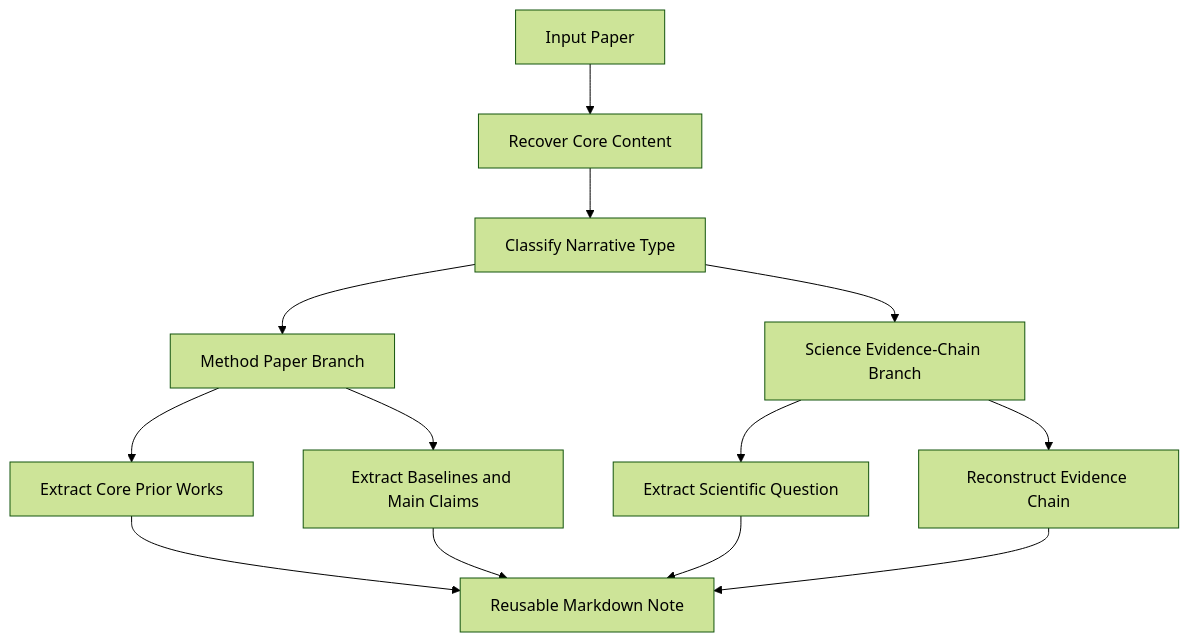
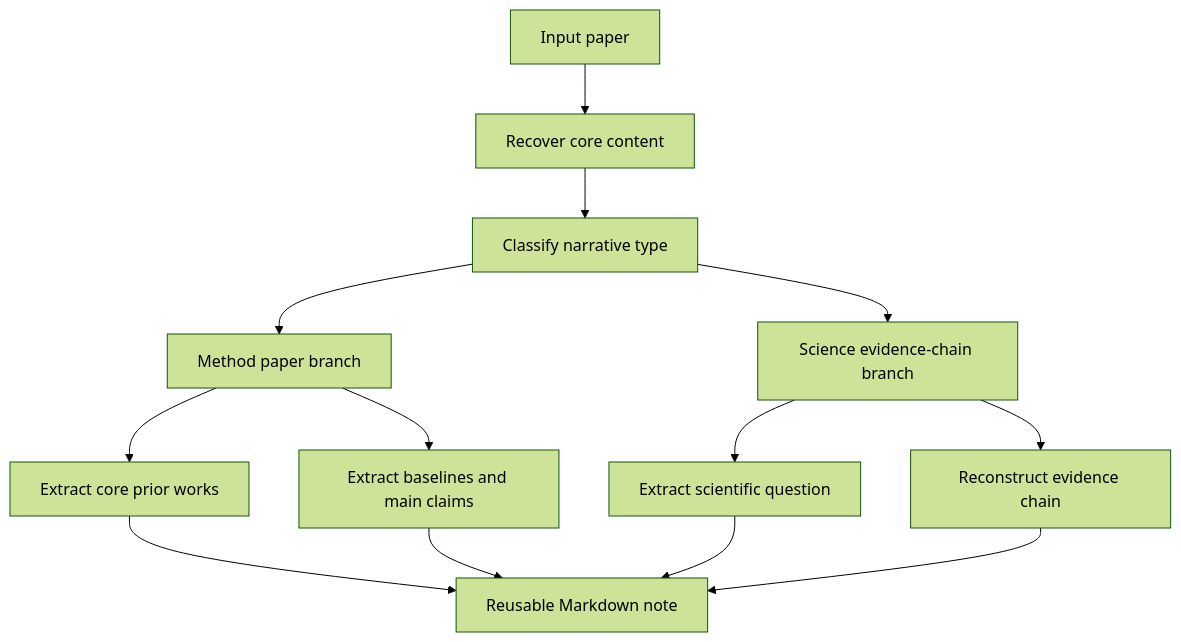
The first of 2 diagrams in README.md (littleZ05/PaperLocus), drawn with Mermaid (forest theme) before and after one commit. The commit also changed other lines of this file and 1 other file, not shown here.

````diff
--- a/README.md
+++ b/README.md
@@ -85,15 +61,15 @@
 ```mermaid
 flowchart TD
-    A[Input Paper] --> B[Recover Core Content]
-    B --> C[Classify Narrative Type]
-    C --> D1[Method Paper Branch]
-    C --> D2[Science Evidence-Chain Branch]
-    D1 --> E[Extract Core Prior Works]
-    D1 --> F[Extract Baselines and Main Claims]
-    D2 --> G[Extract Scientific Question]
-    D2 --> H[Reconstruct Evidence Chain]
-    E --> I[Reusable Markdown Note]
+    A[Input paper] --> B[Recover core content]
+    B --> C[Classify narrative type]
+    C --> D1[Method paper branch]
+    C --> D2[Science evidence-chain branch]
+    D1 --> E[Extract core prior works]
+    D1 --> F[Extract baselines and main claims]
+    D2 --> G[Extract scientific question]
+    D2 --> H[Reconstruct evidence chain]
+    E --> I[Reusable Markdown note]
     F --> I
     G --> I
     H --> I
 ```
````
